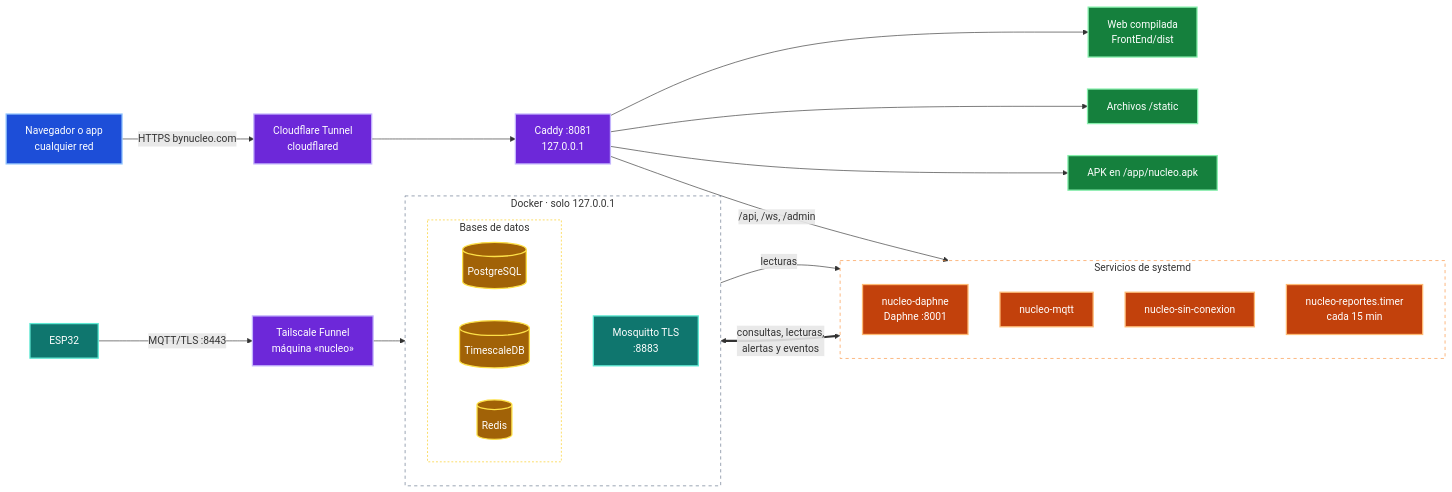
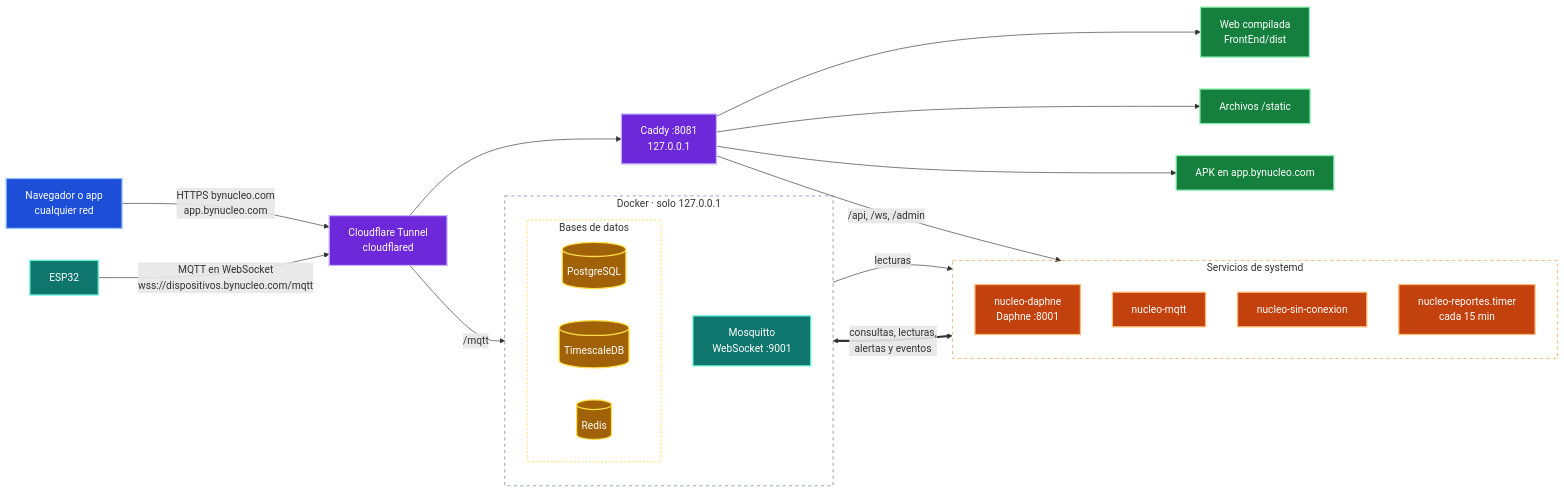
Before and after one commit to BrandonGlz/Nucleo: the third of 4 diagrams in README.md, drawn with Mermaid. The commit also changed other lines of this file and 19 other files, not shown here.

Commit message:
feat(red): Núcleo sin Tailscale; los ESP32 usan MQTT en WebSocket por dispositivos.bynucleo.com y el APK pasa a app.bynucleo.com

````diff
--- a/README.md
+++ b/README.md
@@ -377,46 +377,46 @@
 ```mermaid
 flowchart LR
-    U["Navegador o app<br/>cualquier red"] -->|"HTTPS bynucleo.com"| CF["Cloudflare Tunnel<br/>cloudflared"]
+    U["Navegador o app<br/>cualquier red"] -->|"HTTPS bynucleo.com<br/>app.bynucleo.com"| CF["Cloudflare Tunnel<br/>cloudflared"]
     CF --> C["Caddy :8081<br/>127.0.0.1"]
     C --> W["Web compilada<br/>FrontEnd/dist"]
     C --> ST["Archivos /static"]
-    C --> APK["APK en /app/nucleo.apk"]
+    C --> APK["APK en app.bynucleo.com"]
     C -->|"/api, /ws, /admin"| D
     subgraph SY["Servicios de systemd"]
         direction TB
         D["nucleo-daphne<br/>Daphne :8001"]
         MQ["nucleo-mqtt"]
         SC["nucleo-sin-conexion"]
         RP["nucleo-reportes.timer<br/>cada 15 min"]
     end
     subgraph DK["Docker · solo 127.0.0.1"]
         direction TB
-        M["Mosquitto TLS<br/>:8883"]
+        M["Mosquitto<br/>WebSocket :9001"]
         subgraph BD["Bases de datos"]
             PG[("PostgreSQL")]
             TDB[("TimescaleDB")]
             R[("Redis")]
         end
     end
-    E["ESP32"] -->|"MQTT/TLS :8443"| TS["Tailscale Funnel<br/>máquina «nucleo»"]
-    TS --> M
+    E["ESP32"] -->|"MQTT en WebSocket<br/>wss://dispositivos.bynucleo.com/mqtt"| CF
+    CF -->|"/mqtt"| M
     M -->|lecturas| MQ
     SY <==>|"consultas, lecturas,<br/>alertas y eventos"| BD
     classDef cliente fill:#1d4ed8,stroke:#93c5fd,color:#fff,stroke-width:2px
     classDef red fill:#6d28d9,stroke:#c4b5fd,color:#fff,stroke-width:2px
     classDef web fill:#15803d,stroke:#86efac,color:#fff,stroke-width:2px
     classDef backend fill:#c2410c,stroke:#fdba74,color:#fff,stroke-width:2px
     classDef datos fill:#a16207,stroke:#fde047,color:#fff,stroke-width:2px
     classDef iot fill:#0f766e,stroke:#5eead4,color:#fff,stroke-width:2px
     classDef externo fill:#a21caf,stroke:#f0abfc,color:#fff,stroke-width:2px
     classDef doc fill:#475569,stroke:#cbd5e1,color:#fff,stroke-width:2px
     class U cliente
-    class CF,TS,C red
+    class CF,C red
     class W,ST,APK web
     class D,MQ,SC,RP backend
     class PG,TDB,R datos
     class M,E iot
     style SY fill:transparent,stroke:#fb923c,stroke-dasharray:5 5
     style DK fill:transparent,stroke:#64748b,stroke-dasharray:5 5
     style BD fill:transparent,stroke:#facc15,stroke-dasharray:3 3
 ```
````
